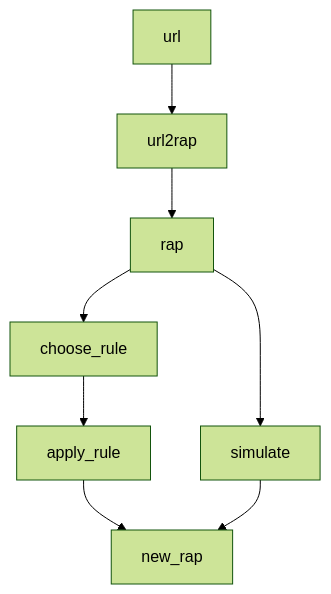
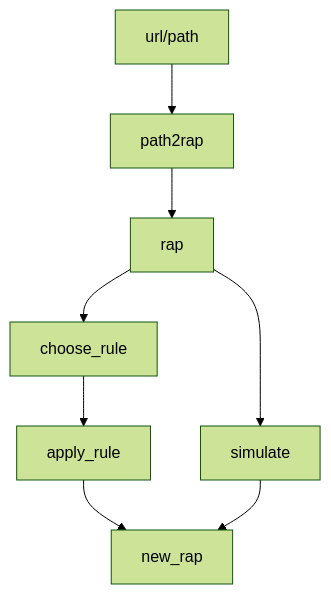
Before and after one commit to RodGal-2020/RAPS: the diagram in README.md, drawn with Mermaid (forest theme). The commit also changed other lines of this file and 4 other files, not shown here.

Commit message:
path2rap substitutes url2rap, and demo mode included in path2rap

````diff
--- a/README.md
+++ b/README.md
@@ -7,12 +7,12 @@
 ```mermaid
   graph TD;
-      url-->url2rap;
-      url2rap-->rap;
+      url/path-->path2rap;
+      path2rap-->rap;
       
       rap-->choose_rule;
       choose_rule-->apply_rule;
       apply_rule-->new_rap;
 
       rap-->simulate;
       simulate-->new_rap;
 ```
````
